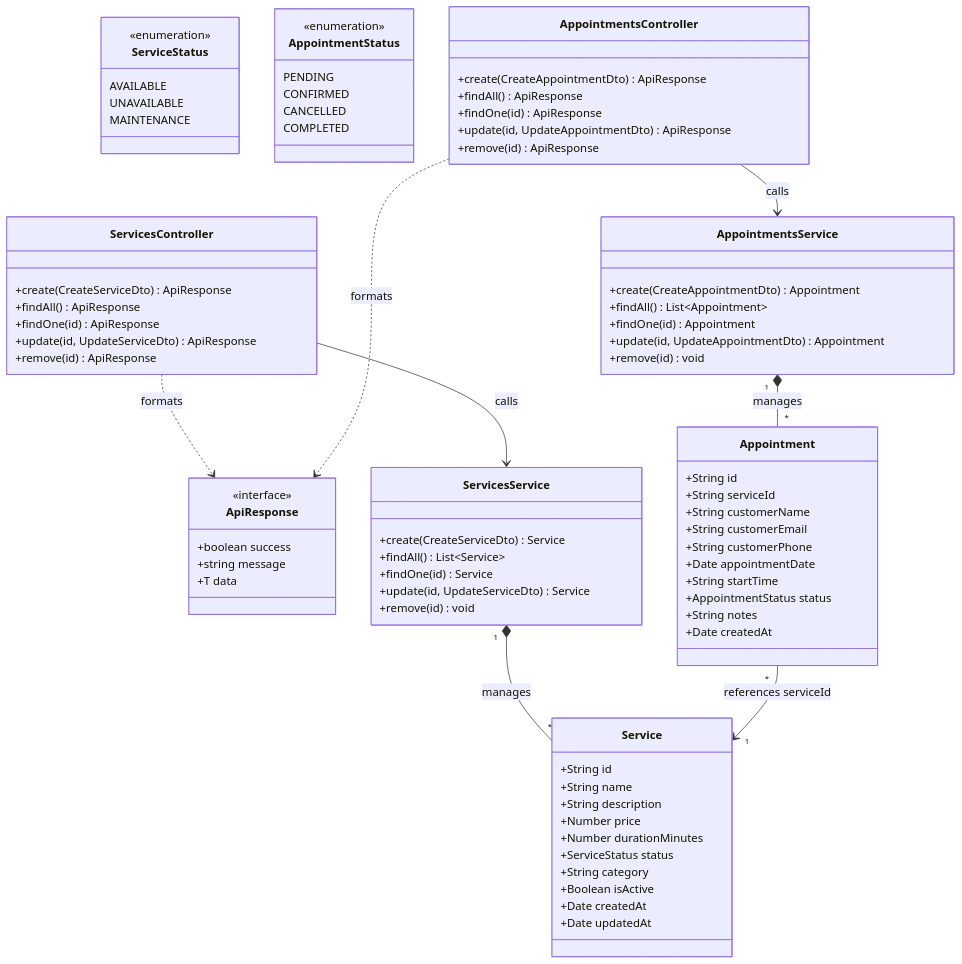
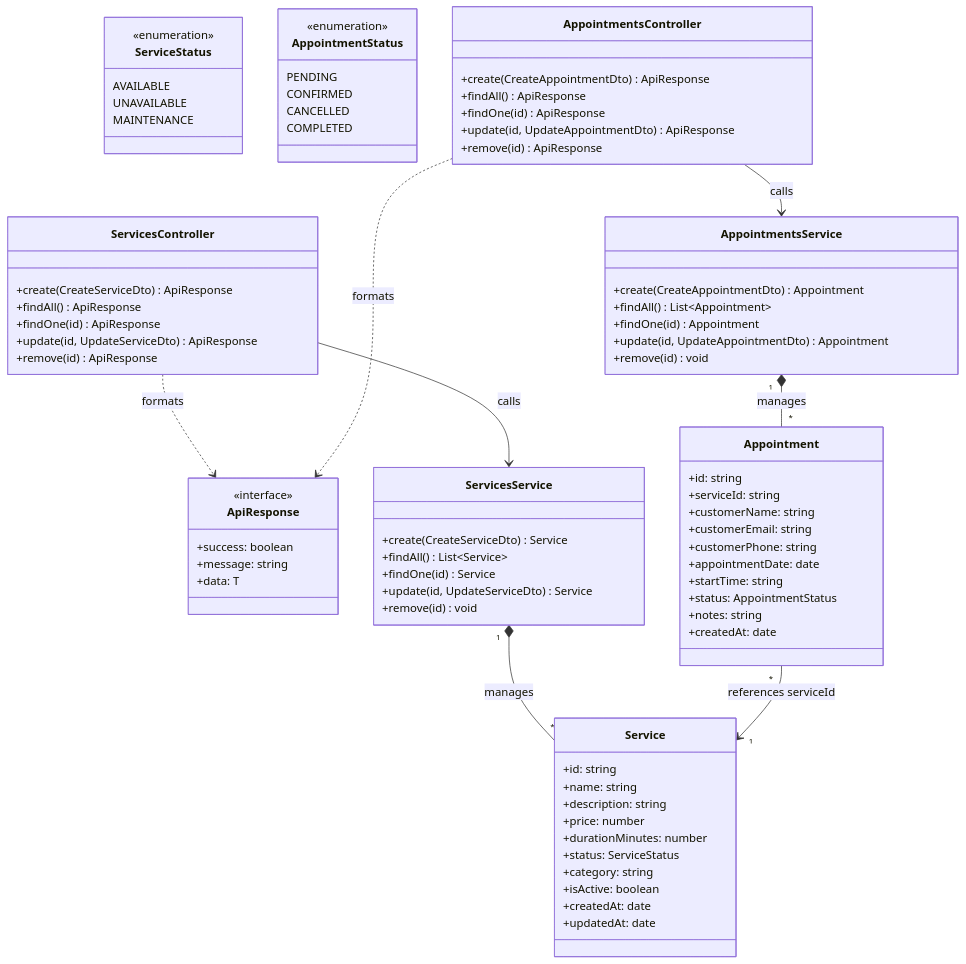
One commit to srnTone/oop-typescript-final-project-2026 changed the diagram in docs/UML_Diagram.md. Above: the diagram before and after it, drawn with Mermaid.

Commit message:
UML update

```diff
--- a/docs/UML_Diagram.md
+++ b/docs/UML_Diagram.md
@@ -4,9 +4,9 @@
 
     class ApiResponse {
         <<interface>>
-        +boolean success
-        +string message
-        +T data
+        +success: boolean
+        +message: string
+        +data: T
     }
 
     class ServiceStatus {
@@ -25,29 +25,29 @@
     }
 
     class Service {
-        +String id
-        +String name
-        +String description
-        +Number price
-        +Number durationMinutes
-        +ServiceStatus status
-        +String category
-        +Boolean isActive
-        +Date createdAt
-        +Date updatedAt
+        +id: string
+        +name: string
+        +description: string
+        +price: number
+        +durationMinutes: number
+        +status: ServiceStatus 
+        +category: string
+        +isActive: boolean
+        +createdAt: date
+        +updatedAt: date
     }
 
     class Appointment {
-        +String id
-        +String serviceId
-        +String customerName
-        +String customerEmail
-        +String customerPhone
-        +Date appointmentDate
-        +String startTime
-        +AppointmentStatus status
-        +String notes
-        +Date createdAt
+        +id: string
+        +serviceId: string
+        +customerName: string
+        +customerEmail: string
+        +customerPhone: string
+        +appointmentDate: date
+        +startTime: string
+        +status: AppointmentStatus 
+        +notes: string
+        +createdAt: date
     }
 
     class ServicesController {
```
